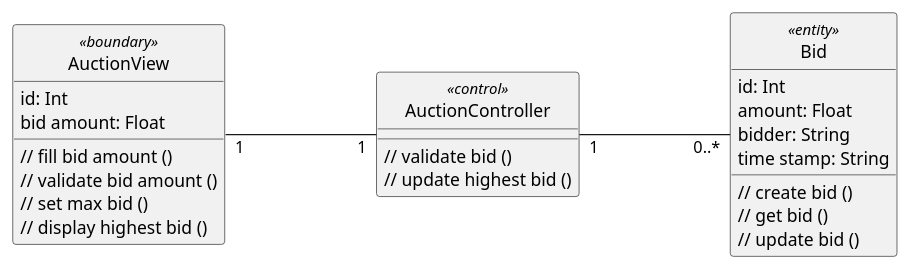
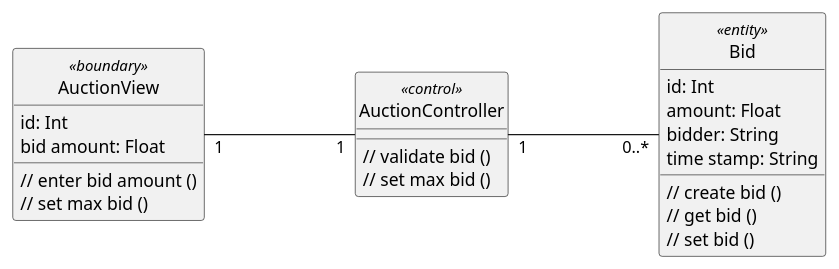
One commit to anhbanlinhle/velocity-exchange changed the diagram in uml/analysis/class/place_bid.puml. Above: the diagram before and after it, drawn with PlantUML.

Commit message:
doc[lynn]: analysis vopc no. 18

```diff
--- a/uml/analysis/class/place_bid.puml
+++ b/uml/analysis/class/place_bid.puml
@@ -1,41 +1,37 @@
 @startuml 
 left to right direction
 skinparam classAttributeIconSize 0
 skinparam linetype ortho
 hide circle
 class AuctionView <<boundary>> {
     id: Int
     bid amount: Float
 
-    // fill bid amount ()
-    // validate bid amount ()
+    // enter bid amount ()
     // set max bid ()
-    // display highest bid ()
 
     }
 
 class AuctionController <<control>> {
     // validate bid ()
-    // update highest bid ()
-
-
+    // set max bid ()
 
     }
 
 class Bid <<entity>> {
     id: Int
     amount: Float
     bidder: String
     time stamp: String
     // create bid ()
     // get bid ()
-    // update bid ()
+    // set bid ()
     }
 
 
 AuctionView "1" --- "1" AuctionController
 
 AuctionController "1" --- "0..*" Bid
 
 
 @enduml
```
